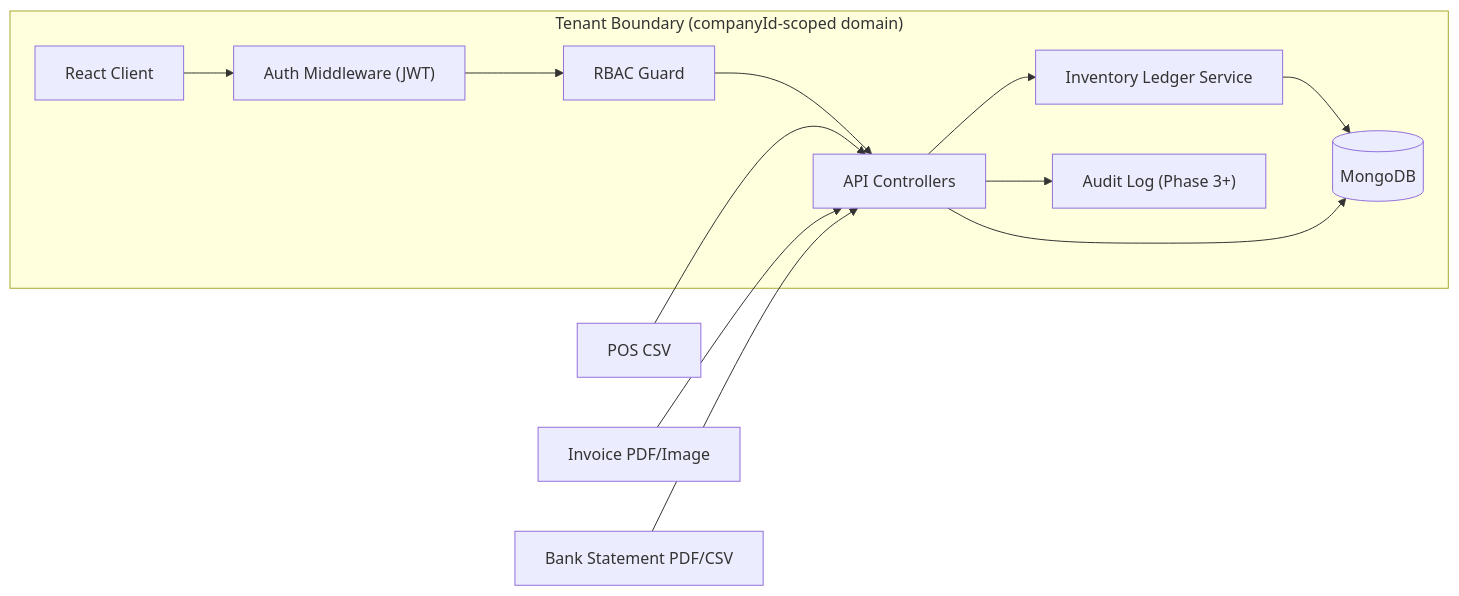
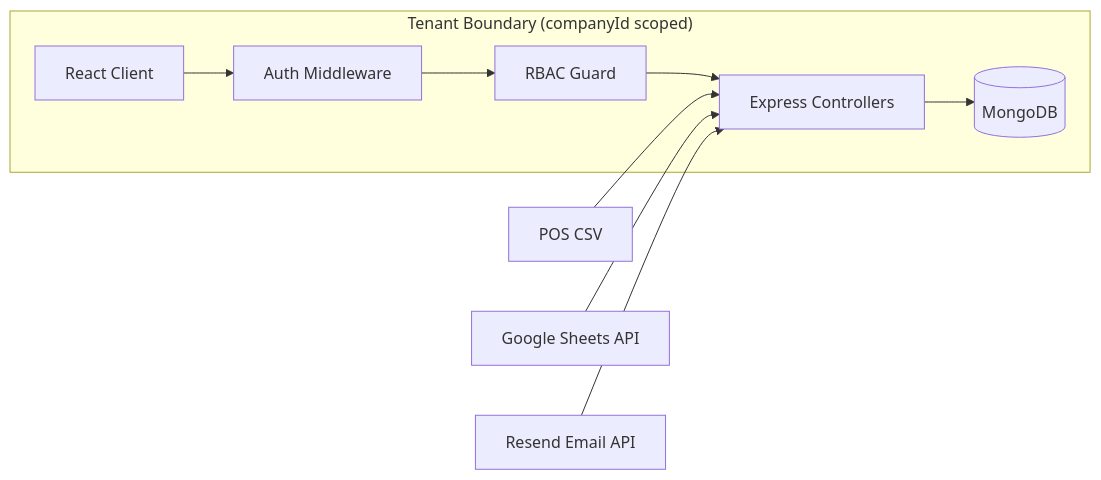
Before and after one commit to comp596-spring-2026/RetailSync: the first of 3 diagrams in README.md, drawn with Mermaid. The commit also changed other lines of this file and 7 other files, not shown here.

````diff
--- a/README.md
+++ b/README.md
@@ -60,21 +64,11 @@
 ```mermaid
 flowchart LR
-  subgraph TenantBoundary["Tenant Boundary (companyId-scoped domain)"]
-    C["React Client"]
-    A["Auth Middleware (JWT)"]
-    R["RBAC Guard"]
-    API["API Controllers"]
-    L["Inventory Ledger Service"]
-    DB[("MongoDB")]
-    AUD["Audit Log (Phase 3+)"]
-
-    C --> A --> R --> API
-    API --> L --> DB
-    API --> DB
-    API --> AUD
+  subgraph TenantBoundary["Tenant Boundary (companyId scoped)"]
+    C["React Client"] --> A["Auth Middleware"] --> R["RBAC Guard"] --> API["Express Controllers"]
+    API --> DB[("MongoDB")]
   end
 
   POS["POS CSV"] --> API
-  INV["Invoice PDF/Image"] --> API
-  BANK["Bank Statement PDF/CSV"] --> API
+  GS["Google Sheets API"] --> API
+  RESEND["Resend Email API"] --> API
 ```
````
